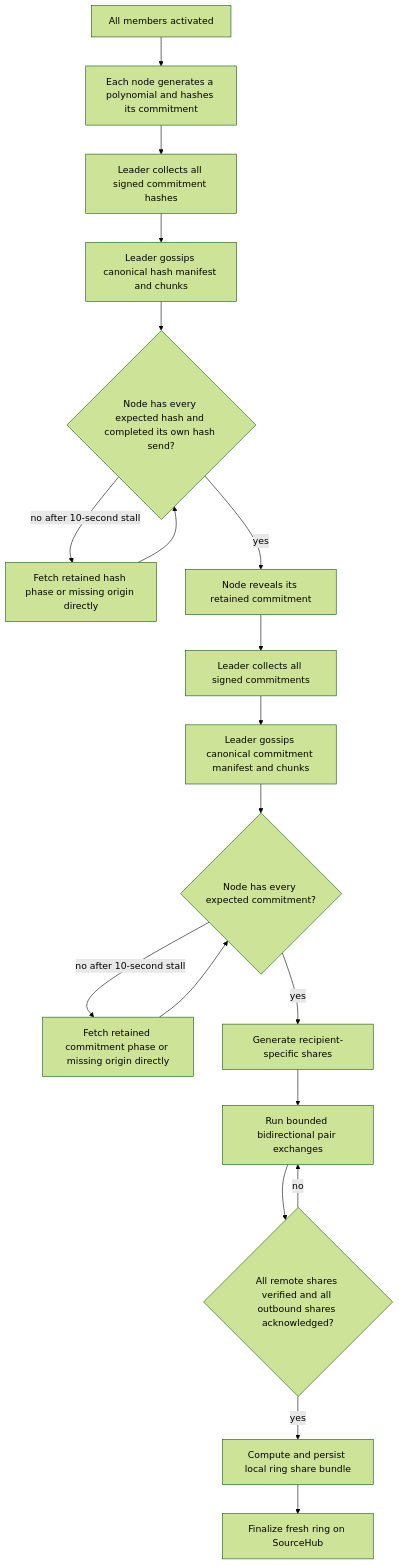
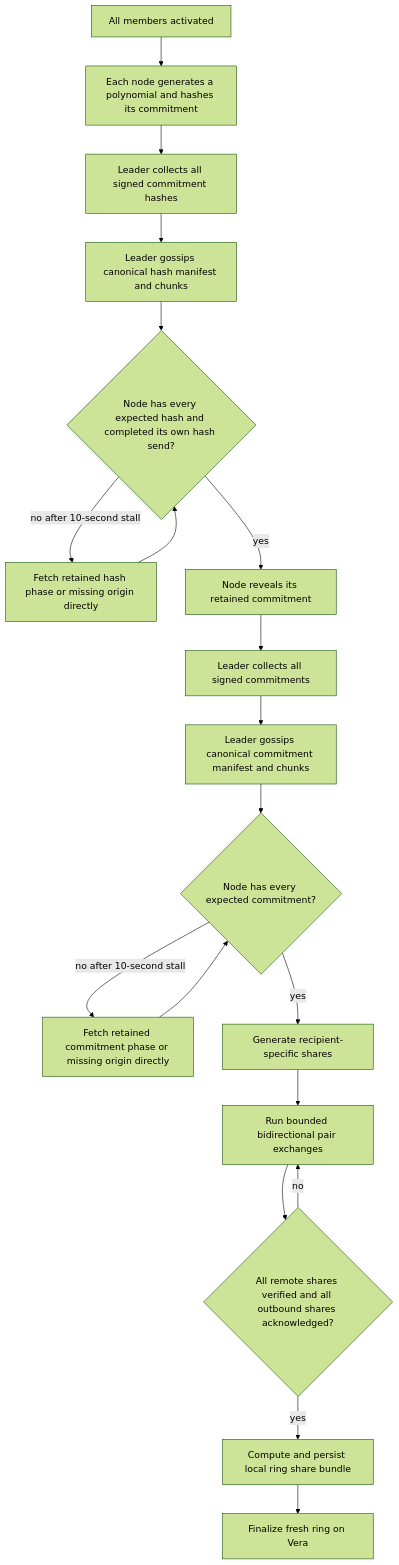
The third of 10 diagrams in bin/orbis-node/src/dkg/README.md (sourcenetwork/orbis-rs), drawn with Mermaid (forest theme) before and after one commit. The commit also changed other lines of this file and 106 other files, not shown here.

````diff
--- a/bin/orbis-node/src/dkg/README.md
+++ b/bin/orbis-node/src/dkg/README.md
@@ -353,27 +353,27 @@
 ```mermaid
 flowchart TD
   Start["All members activated"]
   HLocal["Each node generates a polynomial and hashes its commitment"]
   HCollect["Leader collects all signed commitment hashes"]
   HBatch["Leader gossips canonical hash manifest and chunks"]
   HBarrier{"Node has every expected hash and completed its own hash send?"}
   HRepair["Fetch retained hash phase or missing origin directly"]
   Reveal["Node reveals its retained commitment"]
   CCollect["Leader collects all signed commitments"]
   CBatch["Leader gossips canonical commitment manifest and chunks"]
   CBarrier{"Node has every expected commitment?"}
   CRepair["Fetch retained commitment phase or missing origin directly"]
   Shares["Generate recipient-specific shares"]
   Pairs["Run bounded bidirectional pair exchanges"]
   LocalDone{"All remote shares verified and all outbound shares acknowledged?"}
   Final["Compute and persist local ring share bundle"]
-  Chain["Finalize fresh ring on SourceHub"]
+  Chain["Finalize fresh ring on Vera"]
 
   Start --> HLocal --> HCollect --> HBatch --> HBarrier
   HBarrier -->|"no after 10-second stall"| HRepair --> HBarrier
   HBarrier -->|"yes"| Reveal --> CCollect --> CBatch --> CBarrier
   CBarrier -->|"no after 10-second stall"| CRepair --> CBarrier
   CBarrier -->|"yes"| Shares --> Pairs --> LocalDone
   LocalDone -->|"no"| Pairs
   LocalDone -->|"yes"| Final --> Chain
 ```
````
